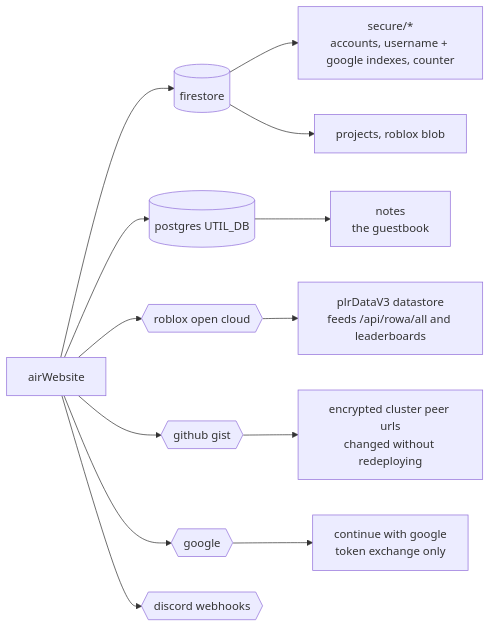
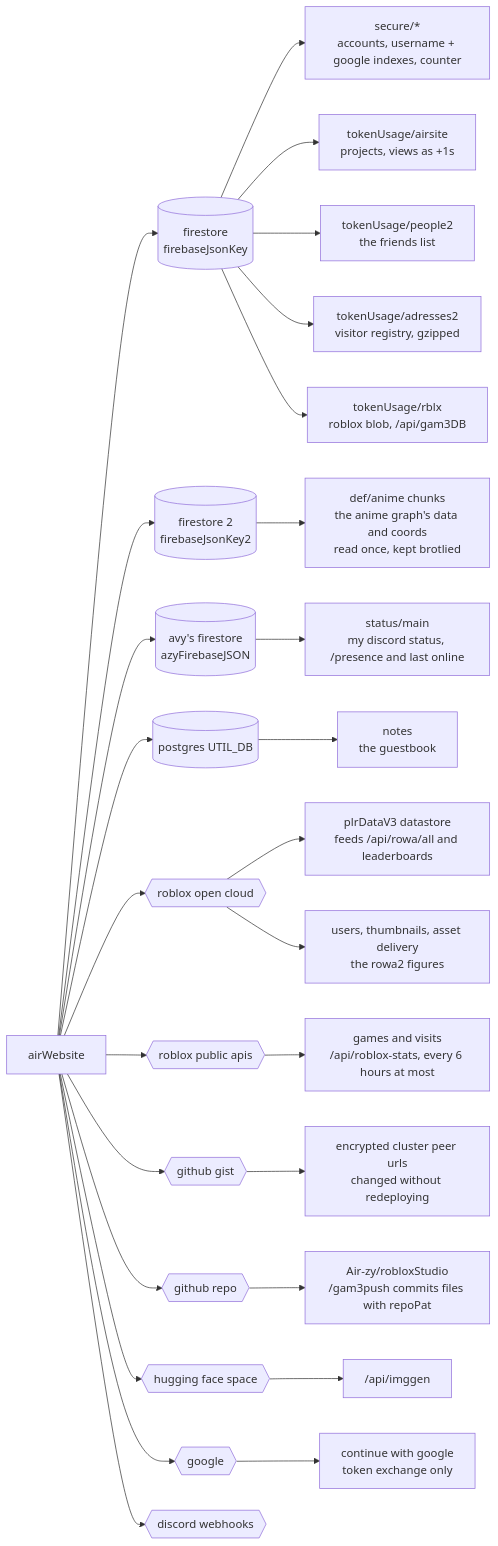
One commit to Air-zy/airWebsite changed the sixth of 7 diagrams in ARCHITECTURE.md. Above: the diagram before and after it, drawn with Mermaid. The commit also changed other lines of this file and 1 other file, not shown here.

First line of the commit message:
docs: architecture and readme match the code again

````diff
--- a/ARCHITECTURE.md
+++ b/ARCHITECTURE.md
@@ -165,22 +175,41 @@
 ```mermaid
 flowchart LR
   APP["airWebsite"]
 
-  APP --> FS[("firestore")]
+  APP --> FS[("firestore<br/>firebaseJsonKey")]
   FS --> A1["secure/*<br/>accounts, username + google indexes, counter"]
-  FS --> A2["projects, roblox blob"]
+  FS --> A2["tokenUsage/airsite<br/>projects, views as +1s"]
+  FS --> A3["tokenUsage/people2<br/>the friends list"]
+  FS --> A4["tokenUsage/adresses2<br/>visitor registry, gzipped"]
+  FS --> A5["tokenUsage/rblx<br/>roblox blob, /api/gam3DB"]
+
+  APP --> FS2[("firestore 2<br/>firebaseJsonKey2")]
+  FS2 --> A6["def/anime chunks<br/>the anime graph's data and coords<br/>read once, kept brotlied"]
+
+  APP --> FS3[("avy's firestore<br/>azyFirebaseJSON")]
+  FS3 --> A7["status/main<br/>my discord status, /presence and last online"]
 
   APP --> PG[("postgres UTIL_DB")]
   PG --> B1["notes<br/>the guestbook"]
 
   APP --> RBX{{"roblox open cloud"}}
   RBX --> C1["plrDataV3 datastore<br/>feeds /api/rowa/all and leaderboards"]
+  RBX --> C2["users, thumbnails, asset delivery<br/>the rowa2 figures"]
+
+  APP --> RBXP{{"roblox public apis"}}
+  RBXP --> C3["games and visits<br/>/api/roblox-stats, every 6 hours at most"]
 
   APP --> GIST{{"github gist"}}
   GIST --> D1["encrypted cluster peer urls<br/>changed without redeploying"]
+
+  APP --> GH{{"github repo"}}
+  GH --> D2["Air-zy/robloxStudio<br/>/gam3push commits files with repoPat"]
+
+  APP --> HF{{"hugging face space"}}
+  HF --> D3["/api/imggen"]
 
   APP --> GOO{{"google"}}
   GOO --> E1["continue with google<br/>token exchange only"]
 
   APP --> DISC{{"discord webhooks"}}
 ```
````
